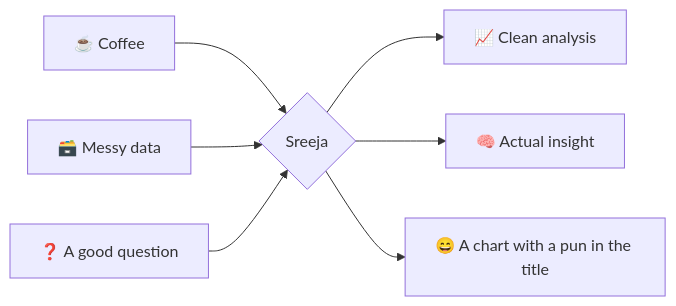
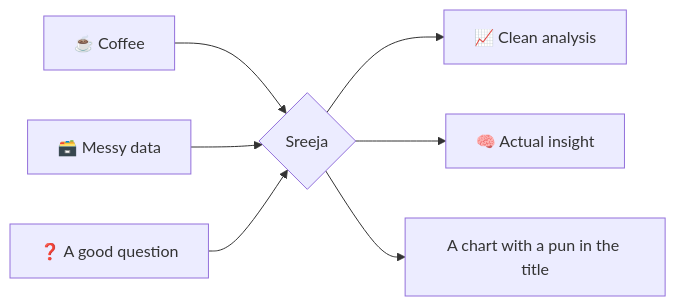
Before and after one commit to sreeja-banerjee/sreeja-banerjee: the diagram in README.md, drawn with Mermaid. The commit also changed other lines of this file, not shown here.

````diff
--- a/README.md
+++ b/README.md
@@ -86,9 +77,9 @@
 ```mermaid
 flowchart LR
     A[☕ Coffee] --> D{Sreeja}
     B[🗃️ Messy data] --> D
     C[❓ A good question] --> D
     D --> E[📈 Clean analysis]
     D --> F[🧠 Actual insight]
-    D --> G[😄 A chart with a pun in the title]
+    D --> G[ A chart with a pun in the title]
 ```
````
